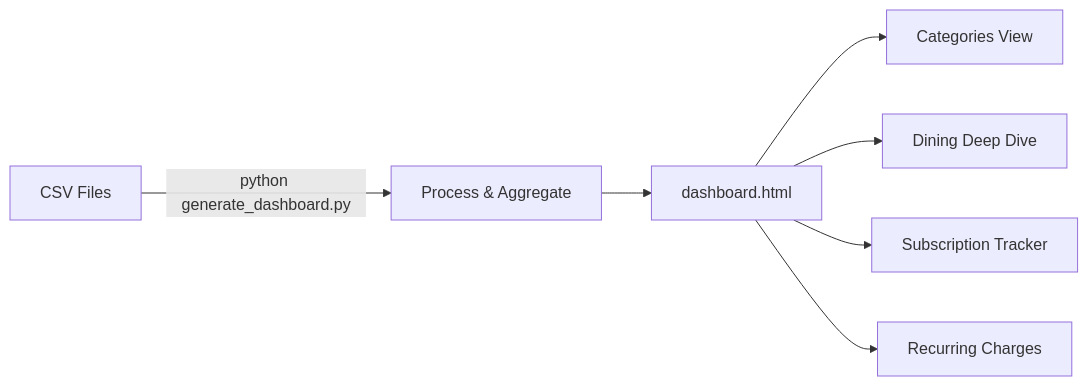
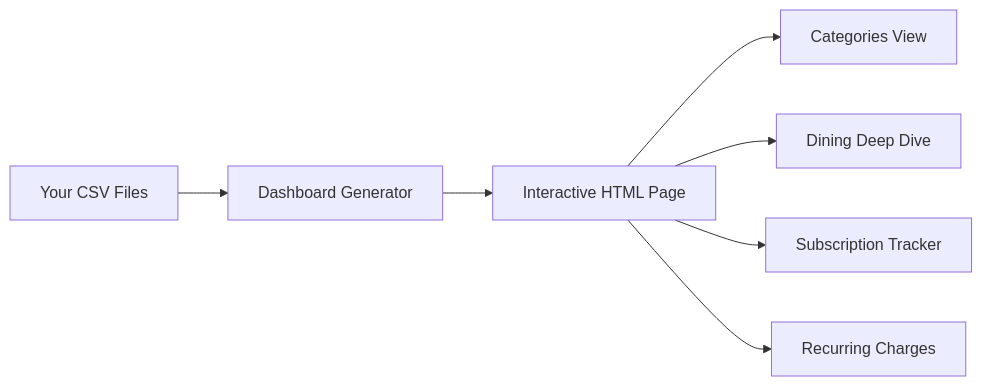
One commit to MVP-Club-AI/budgetanalysistool changed the second of 2 diagrams in README.md. Above: the diagram before and after it, drawn with Mermaid. The commit also changed other lines of this file, not shown here.

````diff
--- a/README.md
+++ b/README.md
@@ -160,9 +251,9 @@
 ```mermaid
 flowchart LR
-    A[CSV Files] -->|python generate_dashboard.py| B[Process & Aggregate]
-    B --> C[dashboard.html]
+    A[Your CSV Files] --> B[Dashboard Generator]
+    B --> C[Interactive HTML Page]
     C --> D[Categories View]
     C --> E[Dining Deep Dive]
     C --> F[Subscription Tracker]
     C --> G[Recurring Charges]
 ```
````
